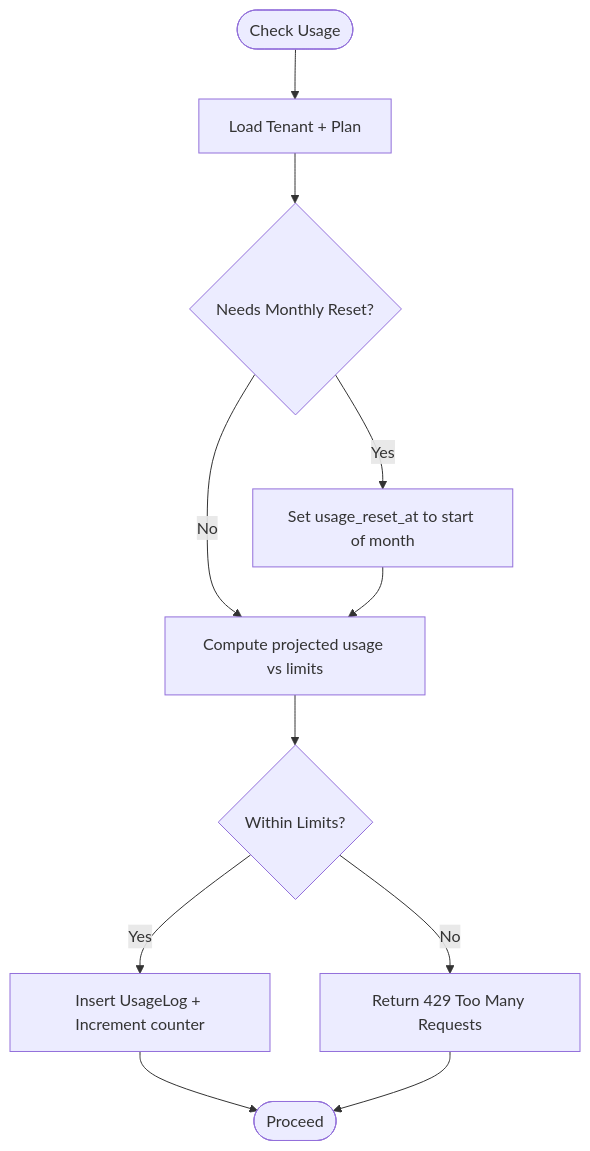
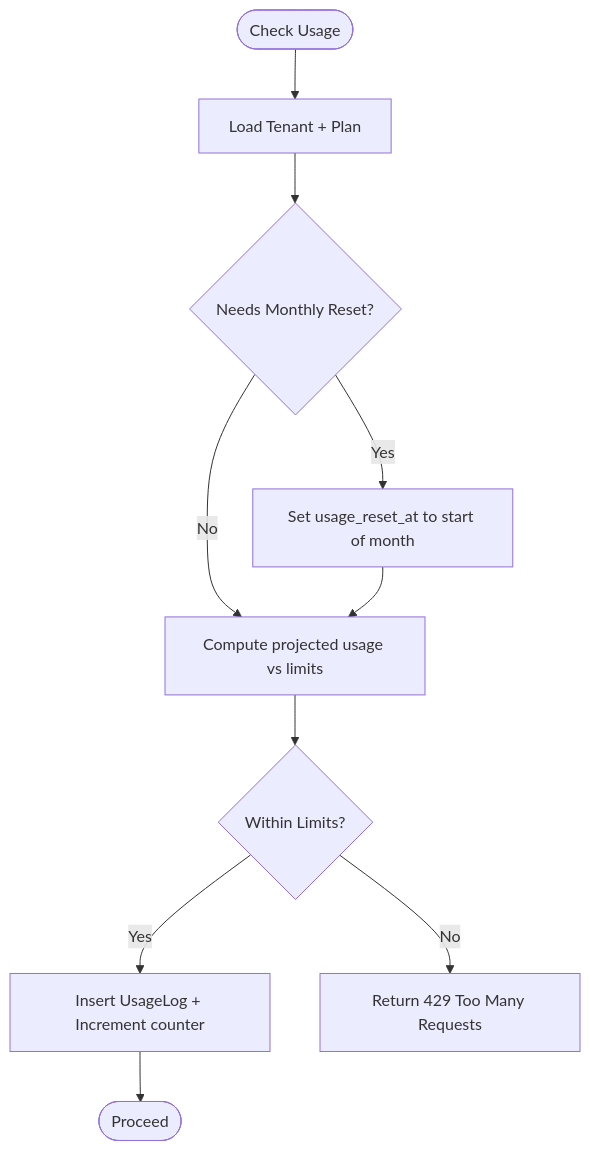
One commit to Revanththetalogics/aireume changed the fourth of 10 diagrams in .qoder/repowiki/en/content/Database Design/Database Design.md. Above: the diagram before and after it, drawn with Mermaid. The commit also changed other lines of this file and 10 other files, not shown here.

````diff
--- a/.qoder/repowiki/en/content/Database Design/Database Design.md
+++ b/.qoder/repowiki/en/content/Database Design/Database Design.md
@@ -235,13 +300,12 @@
 ```mermaid
 flowchart TD
 Start(["Check Usage"]) --> LoadTenant["Load Tenant + Plan"]
 LoadTenant --> Reset{"Needs Monthly Reset?"}
 Reset --> |Yes| DoReset["Set usage_reset_at to start of month"]
 Reset --> |No| CheckLimits["Compute projected usage vs limits"]
 DoReset --> CheckLimits
 CheckLimits --> Within{"Within Limits?"}
 Within --> |Yes| Record["Insert UsageLog + Increment counter"]
 Within --> |No| Deny["Return 429 Too Many Requests"]
 Record --> End(["Proceed"])
-Deny --> End
 ```
````
